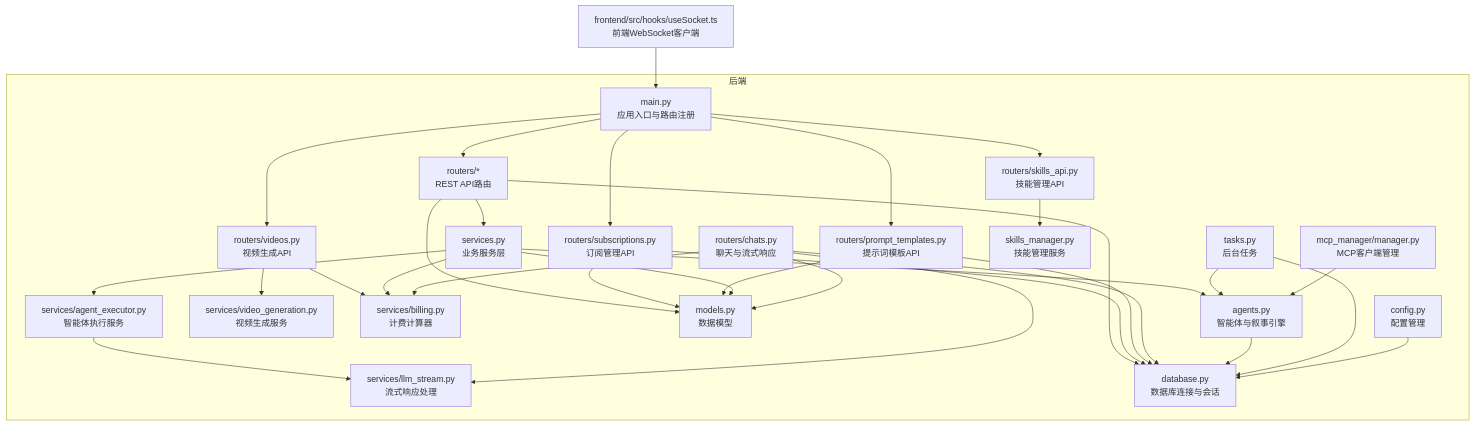
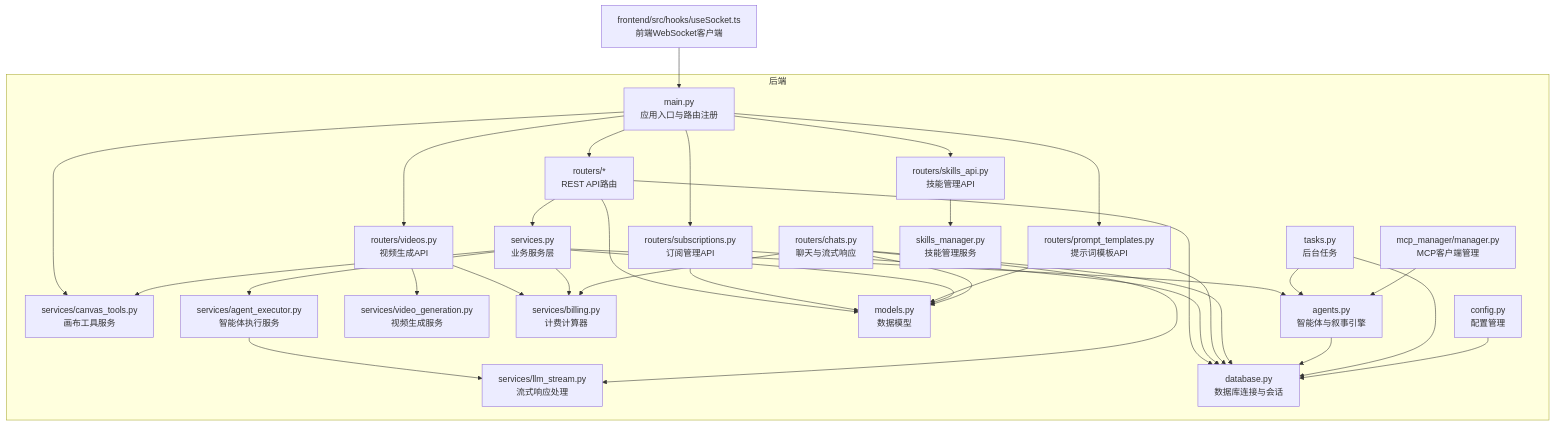
Before and after one commit to KunLabAI/KunFlix: the first of 24 diagrams in .qoder/repowiki/zh/content/后端开发指南/API路由系统/智能体管理API.md, drawn with Mermaid. The commit also changed other lines of this file and 15 other files, not shown here.

````diff
--- a/.qoder/repowiki/zh/content/后端开发指南/API路由系统/智能体管理API.md
+++ b/.qoder/repowiki/zh/content/后端开发指南/API路由系统/智能体管理API.md
@@ -80,55 +86,58 @@
 ```mermaid
 graph TB
 subgraph "后端"
 MAIN["main.py<br/>应用入口与路由注册"]
 ROUTERS["routers/*<br/>REST API路由"]
 SUBSCRIPTIONS["routers/subscriptions.py<br/>订阅管理API"]
 PROMPT_TEMPLATES["routers/prompt_templates.py<br/>提示词模板API"]
 VIDEOS["routers/videos.py<br/>视频生成API"]
 SKILLS_API["routers/skills_api.py<br/>技能管理API"]
+CANVAS_TOOLS["services/canvas_tools.py<br/>画布工具服务"]
 SERVICES["services.py<br/>业务服务层"]
 AGENT_EXECUTOR["services/agent_executor.py<br/>智能体执行服务"]
 VIDEO_GEN["services/video_generation.py<br/>视频生成服务"]
 BILLING["services/billing.py<br/>计费计算器"]
 LLM_STREAM["services/llm_stream.py<br/>流式响应处理"]
 MODELS["models.py<br/>数据模型"]
 AGENTS["agents.py<br/>智能体与叙事引擎"]
 CHATS["routers/chats.py<br/>聊天与流式响应"]
 DB["database.py<br/>数据库连接与会话"]
 CONFIG["config.py<br/>配置管理"]
 TASKS["tasks.py<br/>后台任务"]
 SKILLS_MANAGER["skills_manager.py<br/>技能管理服务"]
 MCP_MANAGER["mcp_manager/manager.py<br/>MCP客户端管理"]
 end
 FRONT["frontend/src/hooks/useSocket.ts<br/>前端WebSocket客户端"]
 FRONT --> MAIN
 MAIN --> ROUTERS
 MAIN --> SUBSCRIPTIONS
 MAIN --> PROMPT_TEMPLATES
 MAIN --> VIDEOS
 MAIN --> SKILLS_API
+MAIN --> CANVAS_TOOLS
 ROUTERS --> SERVICES
 ROUTERS --> MODELS
 ROUTERS --> DB
 SUBSCRIPTIONS --> MODELS
 SUBSCRIPTIONS --> DB
 PROMPT_TEMPLATES --> MODELS
 PROMPT_TEMPLATES --> DB
 VIDEOS --> VIDEO_GEN
 VIDEOS --> BILLING
 SKILLS_API --> SKILLS_MANAGER
 SERVICES --> MODELS
 SERVICES --> AGENTS
 SERVICES --> BILLING
 SERVICES --> AGENT_EXECUTOR
+SERVICES --> CANVAS_TOOLS
 AGENT_EXECUTOR --> LLM_STREAM
 CHATS --> MODELS
 CHATS --> DB
 CHATS --> BILLING
 CHATS --> LLM_STREAM
 AGENTS --> DB
 TASKS --> AGENTS
 TASKS --> DB
 CONFIG --> DB
 MCP_MANAGER --> AGENTS
 ```
````
